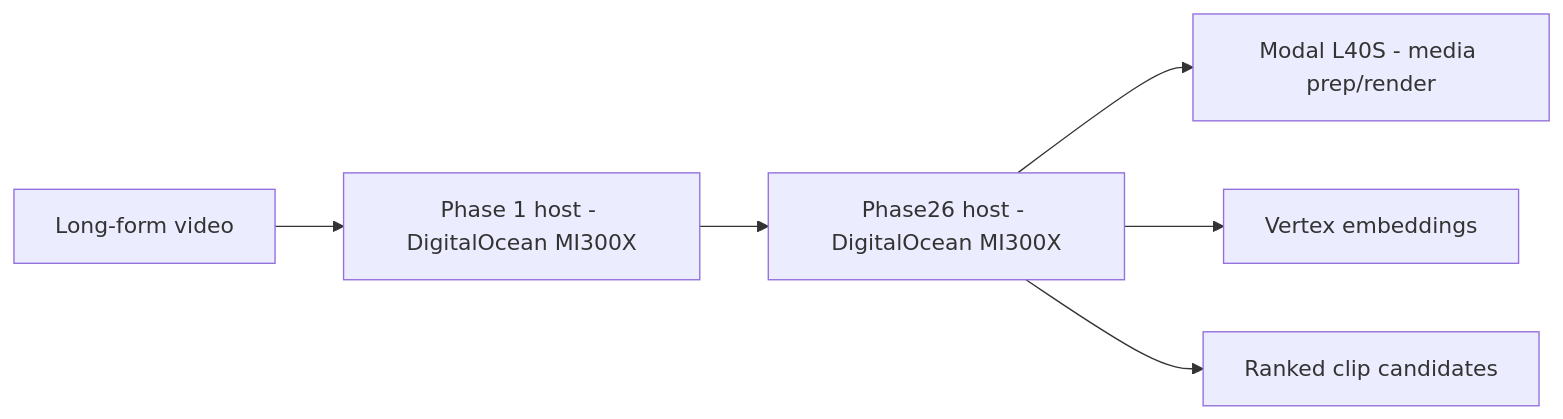
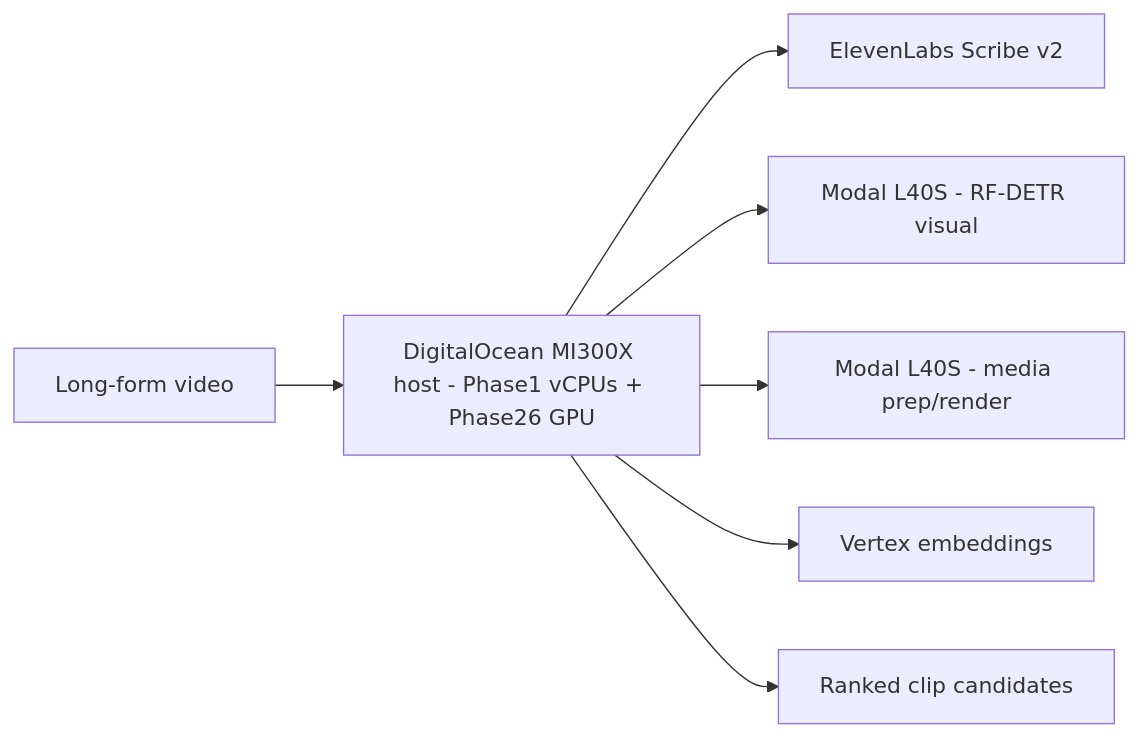
One commit to ClyptAI/Clypt-Backend changed the first of 2 diagrams in README.md. Above: the diagram before and after it, drawn with Mermaid. The commit also changed other lines of this file and 139 other files, not shown here.

Commit message:
refactor: switch phase1 to scribe modal topology

````diff
--- a/README.md
+++ b/README.md
@@ -39,15 +39,17 @@
 ```mermaid
 flowchart LR
   source["Long-form video"]
-  phase1["Phase 1 host - DigitalOcean MI300X"]
-  phase26["Phase26 host - DigitalOcean MI300X"]
+  phase_host["DigitalOcean MI300X host - Phase1 vCPUs + Phase26 GPU"]
+  scribe["ElevenLabs Scribe v2"]
+  visual["Modal L40S - RF-DETR visual"]
   modal["Modal L40S - media prep/render"]
   vertex["Vertex embeddings"]
   out["Ranked clip candidates"]
 
-  source --> phase1
-  phase1 --> phase26
-  phase26 --> modal
-  phase26 --> vertex
-  phase26 --> out
+  source --> phase_host
+  phase_host --> scribe
+  phase_host --> visual
+  phase_host --> modal
+  phase_host --> vertex
+  phase_host --> out
 ```
````
